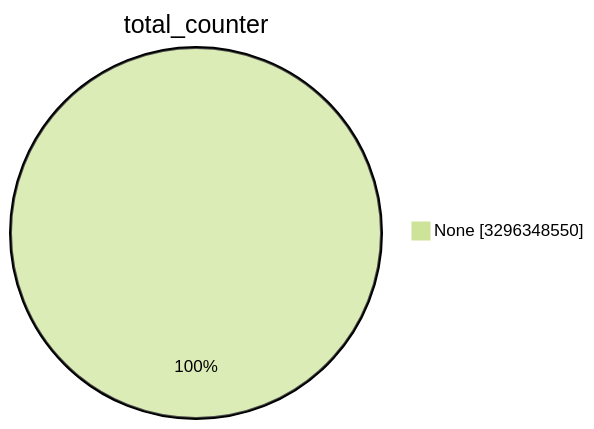
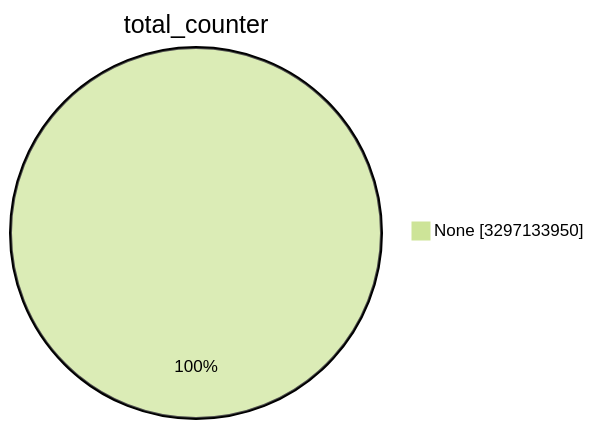
One commit to christiankrug/ctmonitor_visualization changed the first of 15 diagrams in TOTAL/README.md. Above: the diagram before and after it, drawn with Mermaid (forest theme). The commit also changed other lines of this file, not shown here.

````diff
--- a/TOTAL/README.md
+++ b/TOTAL/README.md
@@ -1,5 +1,5 @@
 ```mermaid
 pie showData
 title total_counter
-"None" :3296348550
+"None" :3297133950
 ```
````
